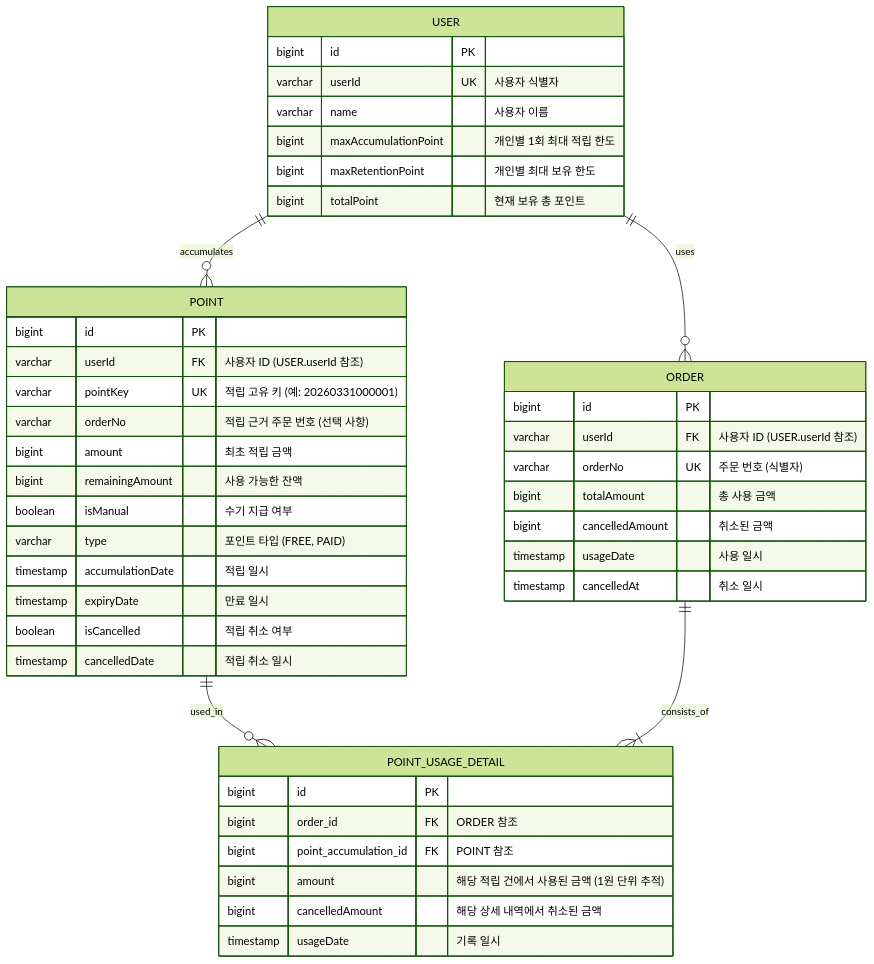
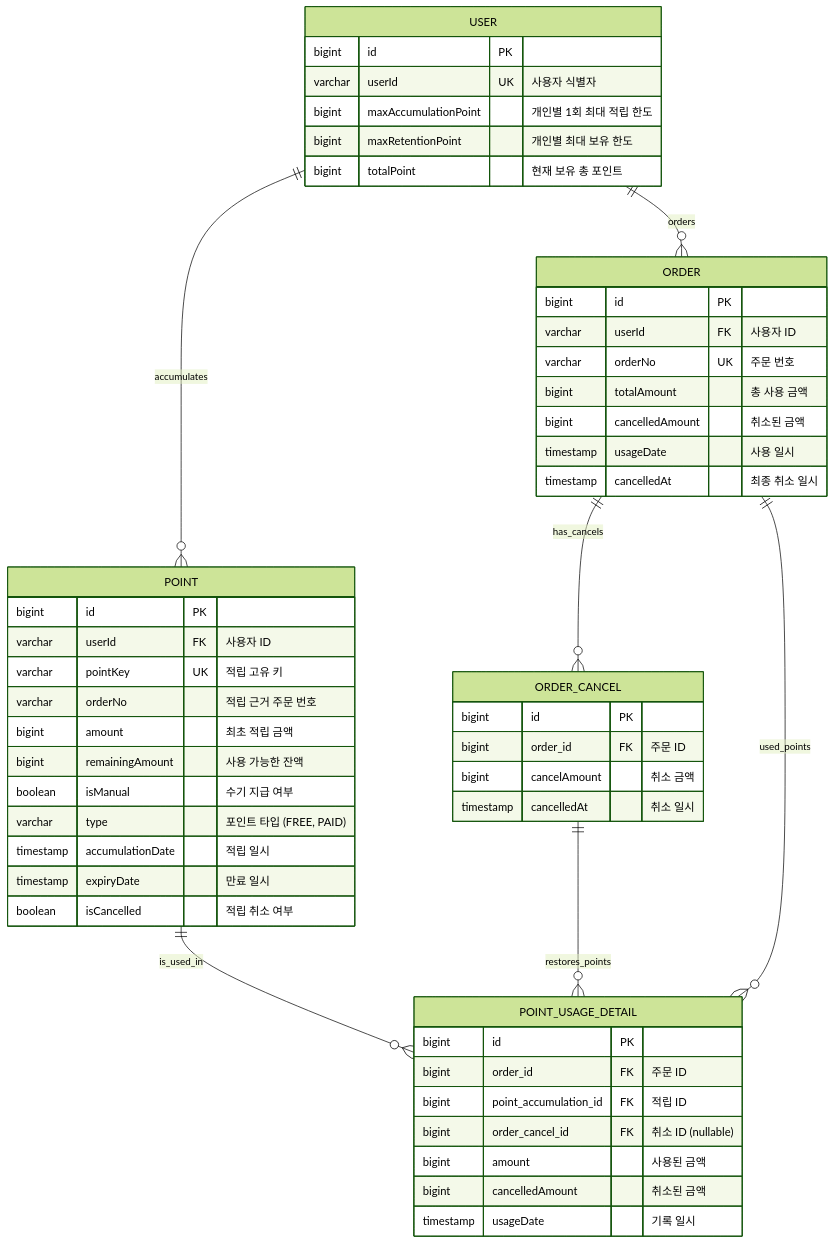
Before and after one commit to muzzaiwork/point: the diagram in docs/데이터베이스 설계.md, drawn with Mermaid (forest theme). The commit also changed other lines of this file and 5 other files, not shown here.

````diff
--- a/docs/데이터베이스 설계.md
+++ b/docs/데이터베이스 설계.md
@@ -5,50 +5,58 @@
 ```mermaid
 erDiagram
     USER ||--o{ POINT : "accumulates"
-    USER ||--o{ ORDER : "uses"
-    POINT ||--o{ POINT_USAGE_DETAIL : "used_in"
-    ORDER ||--|{ POINT_USAGE_DETAIL : "consists_of"
+    USER ||--o{ ORDER : "orders"
+    ORDER ||--o{ ORDER_CANCEL : "has_cancels"
+    ORDER ||--o{ POINT_USAGE_DETAIL : "used_points"
+    POINT ||--o{ POINT_USAGE_DETAIL : "is_used_in"
+    ORDER_CANCEL ||--o{ POINT_USAGE_DETAIL : "restores_points"
 
     USER {
         bigint id PK
         varchar userId UK "사용자 식별자"
-        varchar name "사용자 이름"
         bigint maxAccumulationPoint "개인별 1회 최대 적립 한도"
         bigint maxRetentionPoint "개인별 최대 보유 한도"
         bigint totalPoint "현재 보유 총 포인트"
     }
 
     POINT {
         bigint id PK
-        varchar userId FK "사용자 ID (USER.userId 참조)"
-        varchar pointKey UK "적립 고유 키 (예: 20260331000001)"
-        varchar orderNo "적립 근거 주문 번호 (선택 사항)"
+        varchar userId FK "사용자 ID"
+        varchar pointKey UK "적립 고유 키"
+        varchar orderNo "적립 근거 주문 번호"
         bigint amount "최초 적립 금액"
         bigint remainingAmount "사용 가능한 잔액"
         boolean isManual "수기 지급 여부"
         varchar type "포인트 타입 (FREE, PAID)"
         timestamp accumulationDate "적립 일시"
         timestamp expiryDate "만료 일시"
         boolean isCancelled "적립 취소 여부"
-        timestamp cancelledDate "적립 취소 일시"
     }
 
     ORDER {
         bigint id PK
-        varchar userId FK "사용자 ID (USER.userId 참조)"
-        varchar orderNo UK "주문 번호 (식별자)"
+        varchar userId FK "사용자 ID"
+        varchar orderNo UK "주문 번호"
         bigint totalAmount "총 사용 금액"
         bigint cancelledAmount "취소된 금액"
         timestamp usageDate "사용 일시"
+        timestamp cancelledAt "최종 취소 일시"
+    }
+
+    ORDER_CANCEL {
+        bigint id PK
+        bigint order_id FK "주문 ID"
+        bigint cancelAmount "취소 금액"
         timestamp cancelledAt "취소 일시"
     }
 
     POINT_USAGE_DETAIL {
         bigint id PK
-        bigint order_id FK "ORDER 참조"
-        bigint point_accumulation_id FK "POINT 참조"
-        bigint amount "해당 적립 건에서 사용된 금액 (1원 단위 추적)"
-        bigint cancelledAmount "해당 상세 내역에서 취소된 금액"
+        bigint order_id FK "주문 ID"
+        bigint point_accumulation_id FK "적립 ID"
+        bigint order_cancel_id FK "취소 ID (nullable)"
+        bigint amount "사용된 금액"
+        bigint cancelledAmount "취소된 금액"
         timestamp usageDate "기록 일시"
     }
 ```
````
